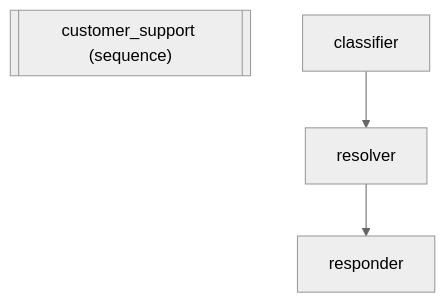
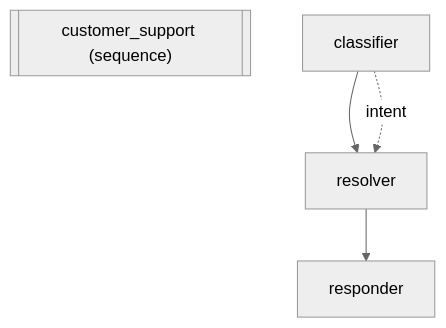
The diagram in README.md (vamsiramakrishnan/adk-fluent), drawn with Mermaid (neutral theme) before and after one commit. The commit also changed other lines of this file and 74 other files, not shown here.

````diff
--- a/README.md
+++ b/README.md
@@ -363,9 +160,10 @@
 ```mermaid
 graph TD
     n1[["customer_support (sequence)"]]
     n2["classifier"]
     n3["resolver"]
     n4["responder"]
     n2 --> n3
     n3 --> n4
+    n2 -. "intent" .-> n3
 ```
````
